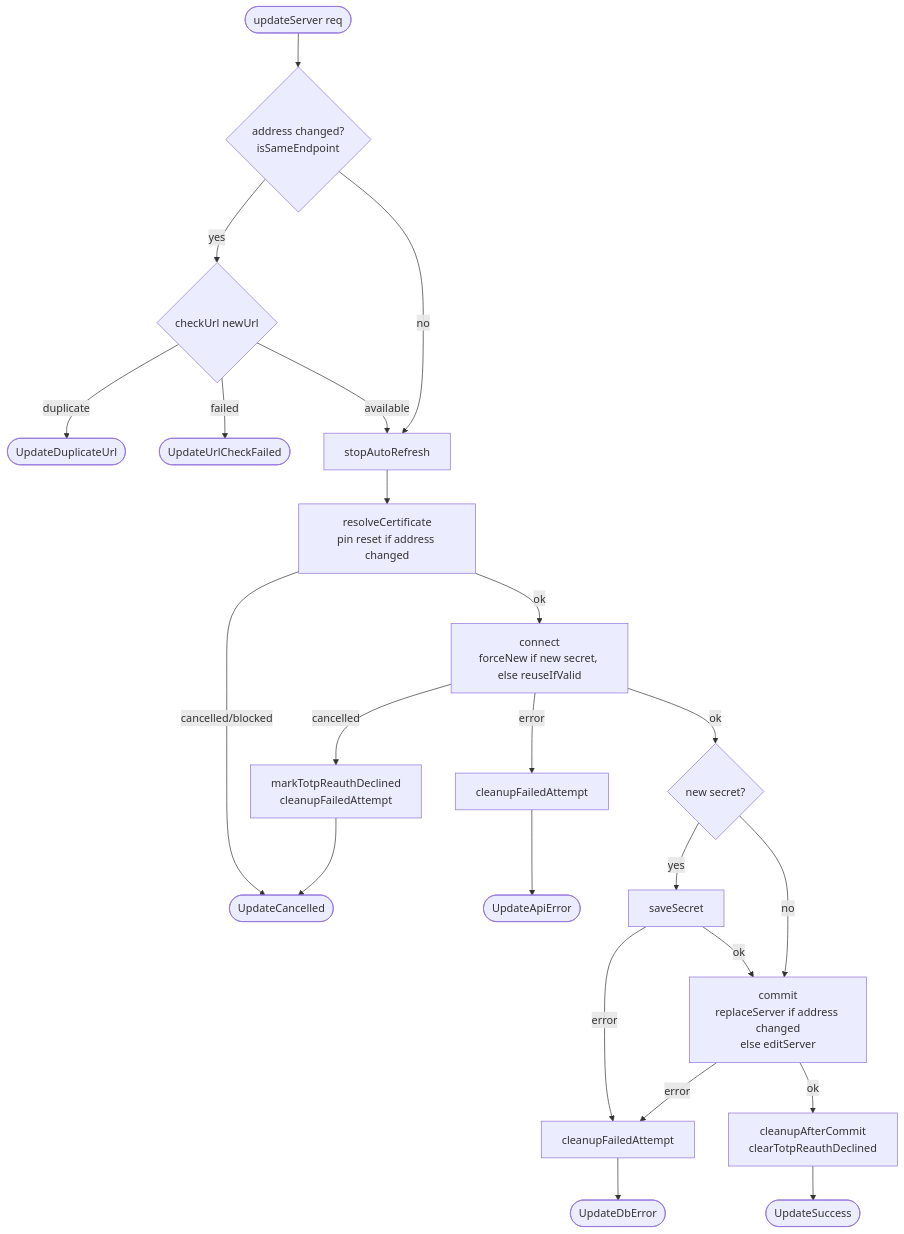
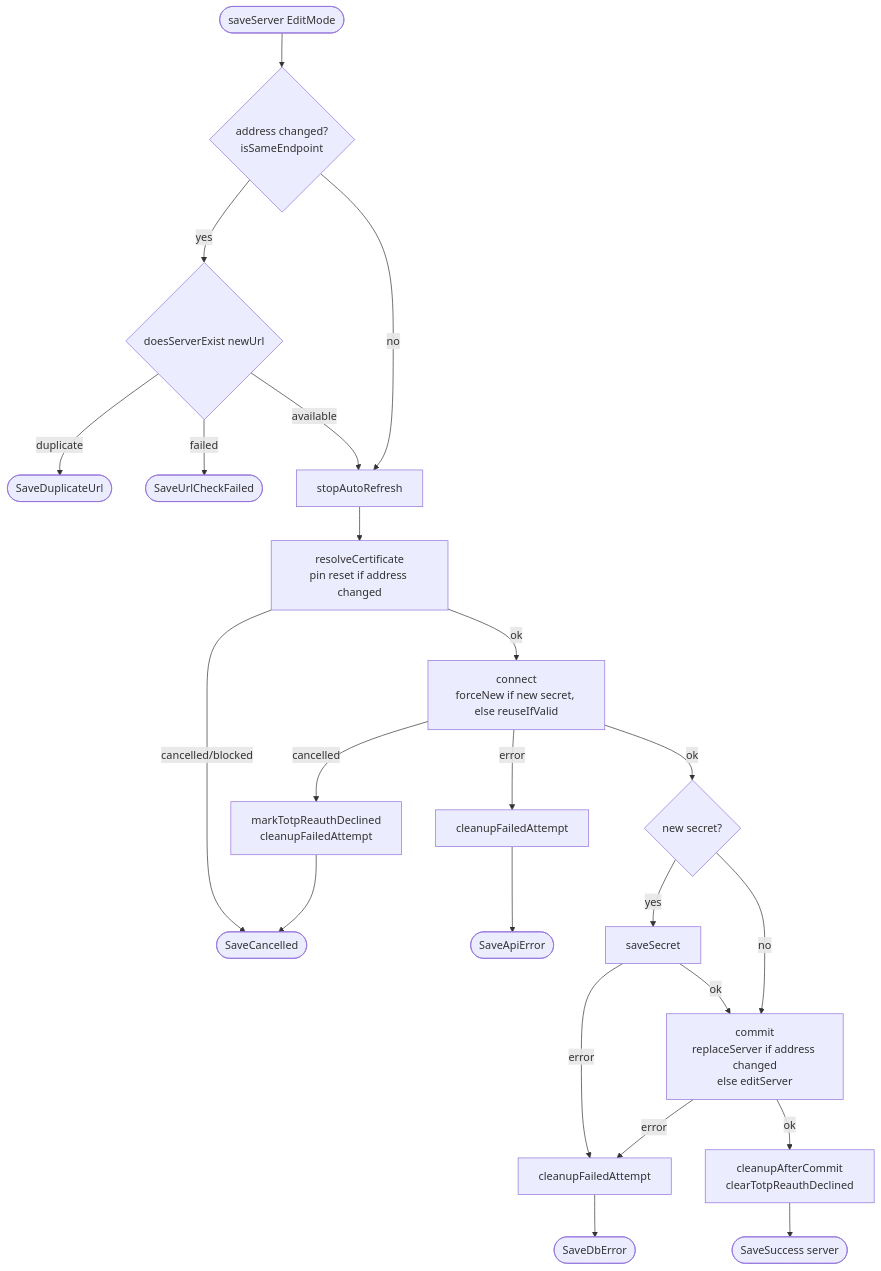
Before and after one commit to tsutsu3/pi-hole-client: the third of 8 diagrams in docs/server-connection-flow.md, drawn with Mermaid. The commit also changed other lines of this file and 11 other files, not shown here.

````diff
--- a/docs/server-connection-flow.md
+++ b/docs/server-connection-flow.md
@@ -98,22 +99,22 @@
 ```mermaid
 flowchart TD
-  A([updateServer req]) --> B{address changed?<br/>isSameEndpoint}
-  B -- yes --> C{checkUrl newUrl}
-  C -- duplicate --> CD([UpdateDuplicateUrl])
-  C -- failed --> CF([UpdateUrlCheckFailed])
+  A([saveServer EditMode]) --> B{address changed?<br/>isSameEndpoint}
+  B -- yes --> C{doesServerExist newUrl}
+  C -- duplicate --> CD([SaveDuplicateUrl])
+  C -- failed --> CF([SaveUrlCheckFailed])
   C -- available --> E[stopAutoRefresh]
   B -- no --> E
   E --> F[resolveCertificate<br/>pin reset if address changed]
-  F -- cancelled/blocked --> H([UpdateCancelled])
+  F -- cancelled/blocked --> H([SaveCancelled])
   F -- ok --> J[connect<br/>forceNew if new secret, else reuseIfValid]
   J -- cancelled --> JC[markTotpReauthDeclined<br/>cleanupFailedAttempt] --> H
-  J -- error --> JE[cleanupFailedAttempt] --> JA([UpdateApiError])
+  J -- error --> JE[cleanupFailedAttempt] --> JA([SaveApiError])
   J -- ok --> K{new secret?}
   K -- yes --> S[saveSecret]
   K -- no --> R
-  S -- error --> X[cleanupFailedAttempt] --> T([UpdateDbError])
+  S -- error --> X[cleanupFailedAttempt] --> T([SaveDbError])
   S -- ok --> R[commit<br/>replaceServer if address changed<br/>else editServer]
   R -- error --> X
   R -- ok --> U[cleanupAfterCommit<br/>clearTotpReauthDeclined]
-  U --> W([UpdateSuccess])
+  U --> W([SaveSuccess server])
 ```
````
